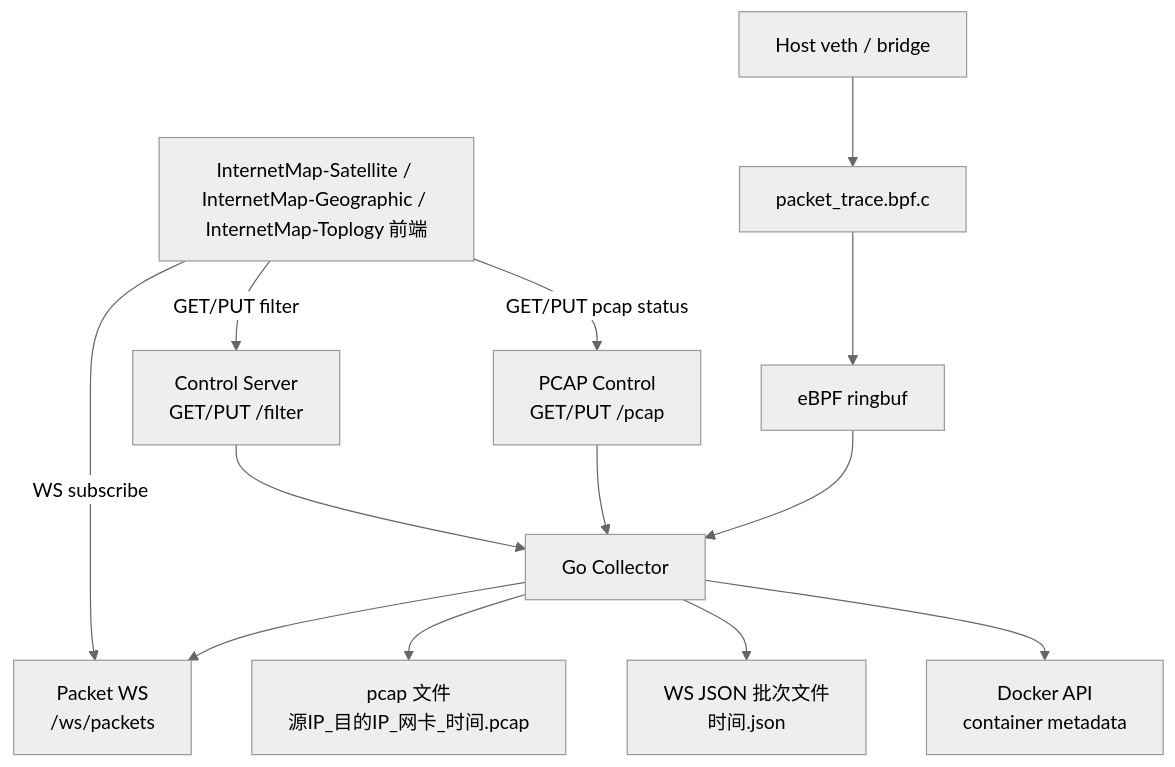
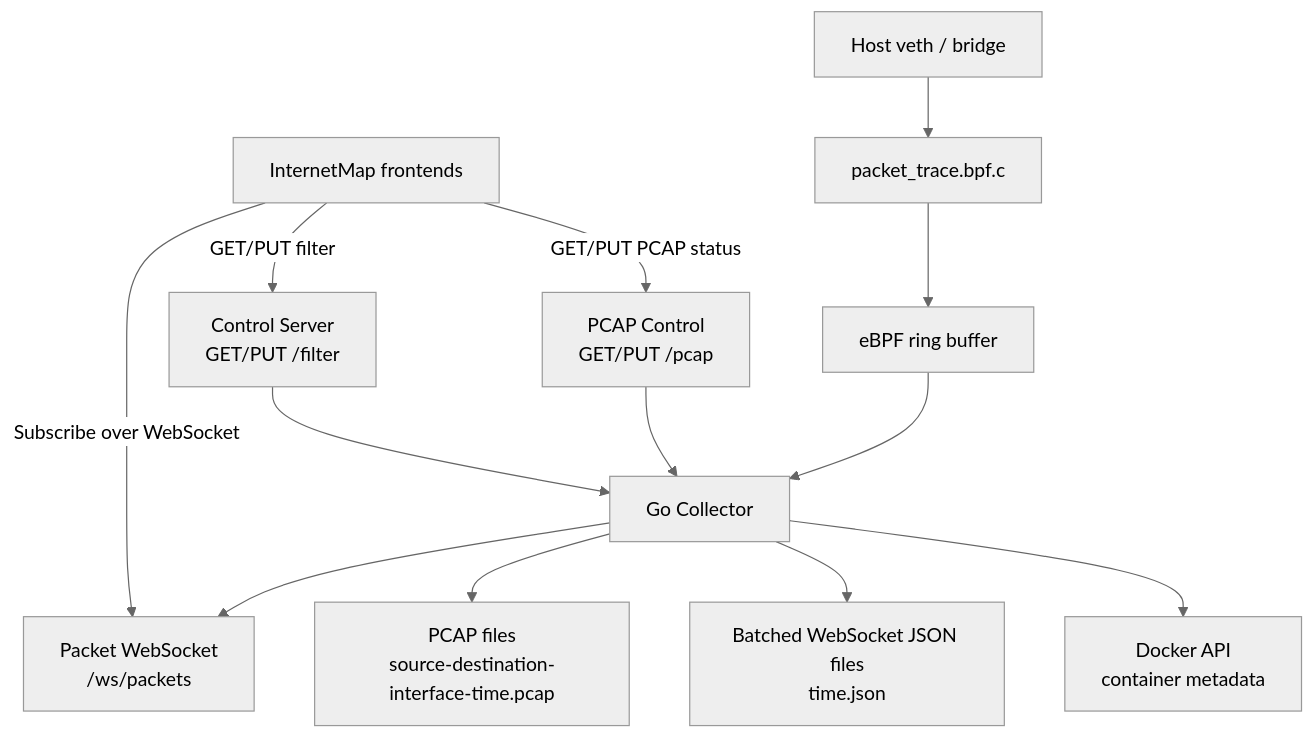
The second of 2 diagrams in docs/traffic-observer-service.md (seed-labs/seed-visualization), drawn with Mermaid (neutral theme) before and after one commit. The commit also changed other lines of this file and 4 other files, not shown here.

````diff
--- a/docs/traffic-observer-service.md
+++ b/docs/traffic-observer-service.md
@@ -63,28 +63,28 @@
 ```mermaid
 %%{init: {"flowchart": {"useMaxWidth": true, "htmlLabels": true}} }%%
 flowchart TB
-  UI["InternetMap-Satellite / InternetMap-Geographic / InternetMap-Toplogy 前端"]
+  UI["InternetMap frontends"]
   Control["Control Server<br/>GET/PUT /filter"]
   PcapControl["PCAP Control<br/>GET/PUT /pcap"]
-  WS["Packet WS<br/>/ws/packets"]
+  WS["Packet WebSocket<br/>/ws/packets"]
   Collector["Go Collector"]
-  Ringbuf["eBPF ringbuf"]
+  Ringbuf["eBPF ring buffer"]
   BPF["packet_trace.bpf.c"]
   HostNet["Host veth / bridge"]
   DockerAPI["Docker API<br/>container metadata"]
-  PcapFile["pcap 文件<br/>源IP_目的IP_网卡_时间.pcap"]
-  JsonFile["WS JSON 批次文件<br/>时间.json"]
+  PcapFile["PCAP files<br/>source-destination-interface-time.pcap"]
+  JsonFile["Batched WebSocket JSON files<br/>time.json"]
 
   UI -->|"GET/PUT filter"| Control
-  UI -->|"GET/PUT pcap status"| PcapControl
-  UI -->|"WS subscribe"| WS
+  UI -->|"GET/PUT PCAP status"| PcapControl
+  UI -->|"Subscribe over WebSocket"| WS
   Control --> Collector
   PcapControl --> Collector
   Collector --> WS
   Collector --> PcapFile
   Collector --> JsonFile
   BPF --> Ringbuf
   Ringbuf --> Collector
   Collector --> DockerAPI
   HostNet --> BPF
 ```
````
